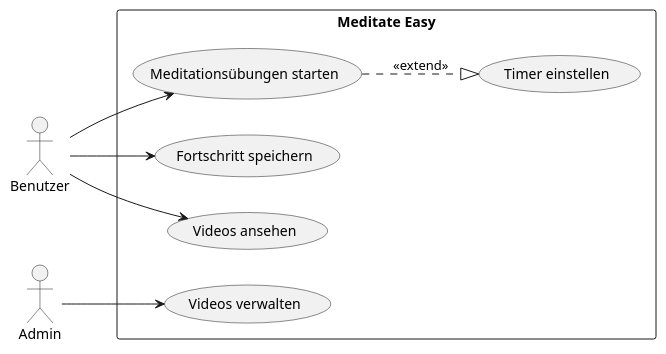
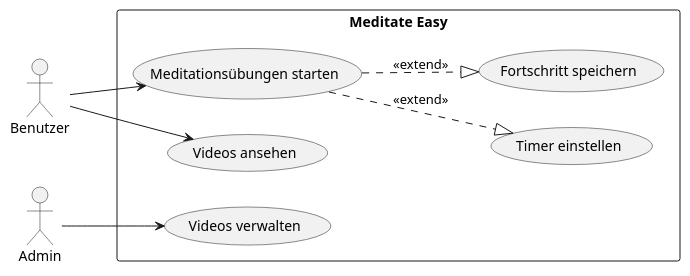
The diagram in slides/index.adoc (2425-3ahif-syp/02-projekte-meditate-easy), drawn with PlantUML before and after one commit.

Commit message:
updated ucd

```diff
--- a/slides/index.adoc
+++ b/slides/index.adoc
@@ -55,23 +55,23 @@
 [plantuml,meditateeasy-ucd,png]
 ----
 @startuml
 left to right direction
 actor Benutzer
 actor Admin
 
 rectangle "Meditate Easy" {
     usecase "Meditationsübungen starten" as UC1
     usecase "Timer einstellen" as UC2
-    usecase "Fortschritt speichern" as UC4
-    usecase "Videos ansehen" as UC6
-    usecase "Videos verwalten" as UC7
+    usecase "Fortschritt speichern" as UC3
+    usecase "Videos ansehen" as UC4
+    usecase "Videos verwalten" as UC5
 }
 
 Benutzer --> UC1
 UC1 ..|> UC2 : <<extend>>
+UC1 ..|> UC3 : <<extend>>
 Benutzer --> UC4
-Benutzer --> UC6
-Admin --> UC7
+Admin --> UC5
 
 @enduml
 ----
```
